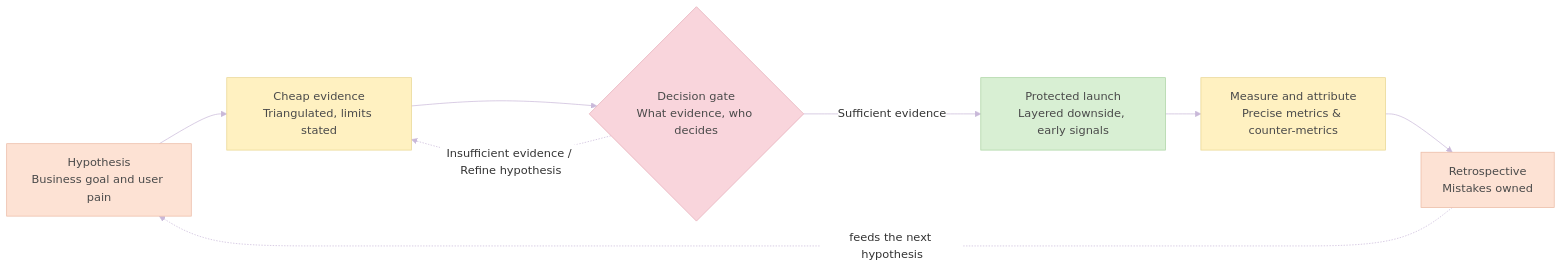
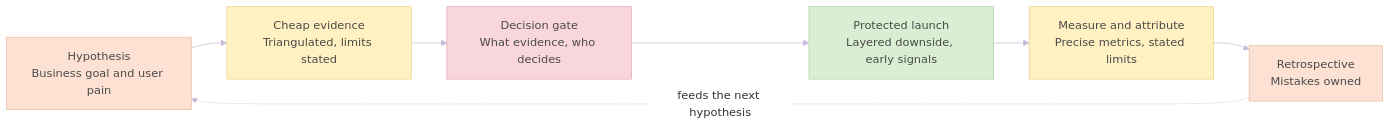
The diagram in product-playbook.md (VictorFMR/pm-case-studies), drawn with Mermaid before and after one commit. The commit also changed other lines of this file, not shown here.

````diff
--- a/product-playbook.md
+++ b/product-playbook.md
@@ -11,21 +11,20 @@
 ```mermaid
 %%{init: {'theme':'base','themeVariables':{'lineColor':'#C9B8D9','edgeLabelBackground':'#FFFFFF','textColor':'#7A7A7A'}}}%%
 flowchart LR
     H["Hypothesis<br/>Business goal and user pain"] --> E["Cheap evidence<br/>Triangulated, limits stated"]
-    E --> G{"Decision gate<br/>What evidence, who decides"}
-    G -- "Sufficient evidence" --> L["Protected launch<br/>Layered downside, early signals"]
-    G -.->|"Insufficient evidence / Refine hypothesis"| E
-    L --> M["Measure and attribute<br/>Precise metrics & counter-metrics"]
+    E --> G["Decision gate<br/>What evidence, who decides"]
+    G --> L["Protected launch<br/>Layered downside, early signals"]
+    L --> M["Measure and attribute<br/>Precise metrics, stated limits"]
     M --> R["Retrospective<br/>Mistakes owned"]
     R -.->|"feeds the next hypothesis"| H
     classDef peach fill:#FDE2D4,stroke:#EBB9A3,color:#4A4A4A
     classDef butter fill:#FFF1C1,stroke:#E8D58F,color:#4A4A4A
     classDef mint fill:#D8EFD3,stroke:#A9D3A0,color:#4A4A4A
     classDef rose fill:#F9D5DC,stroke:#E5A9B5,color:#4A4A4A
     class H peach
     class E butter
     class G rose
     class L mint
     class M butter
     class R peach
 ```
````
